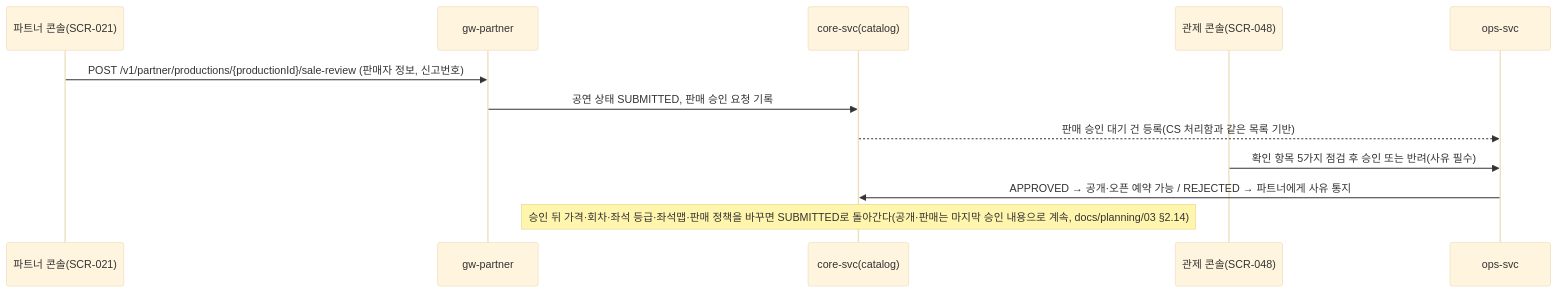
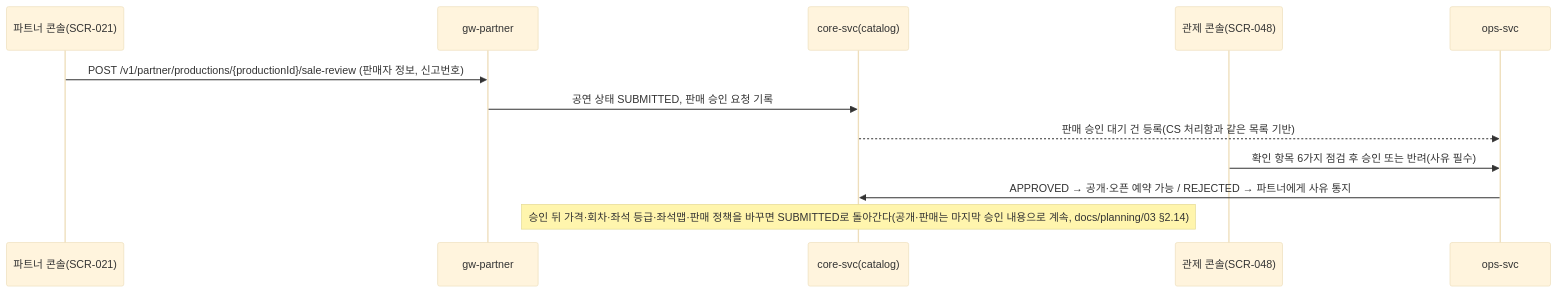
One commit to peaket/peaket changed the first of 4 diagrams in docs/features/transfer-refund.md. Above: the diagram before and after it, drawn with Mermaid (base theme). The commit also changed other lines of this file and 211 other files, not shown here.

````diff
--- a/docs/features/transfer-refund.md
+++ b/docs/features/transfer-refund.md
@@ -30,14 +30,14 @@
 ```mermaid
 sequenceDiagram
     participant PC as 파트너 콘솔(SCR-021)
     participant GP as gw-partner
     participant C as core-svc(catalog)
     participant OC as 관제 콘솔(SCR-048)
     participant O as ops-svc
     PC->>GP: POST /v1/partner/productions/{productionId}/sale-review (판매자 정보, 신고번호)
     GP->>C: 공연 상태 SUBMITTED, 판매 승인 요청 기록
     C-->>O: 판매 승인 대기 건 등록(CS 처리함과 같은 목록 기반)
-    OC->>O: 확인 항목 5가지 점검 후 승인 또는 반려(사유 필수)
+    OC->>O: 확인 항목 6가지 점검 후 승인 또는 반려(사유 필수)
     O->>C: APPROVED → 공개·오픈 예약 가능 / REJECTED → 파트너에게 사유 통지
     Note over C: 승인 뒤 가격·회차·좌석 등급·좌석맵·판매 정책을 바꾸면 SUBMITTED로 돌아간다(공개·판매는 마지막 승인 내용으로 계속, docs/planning/03 §2.14)
 ```
````
